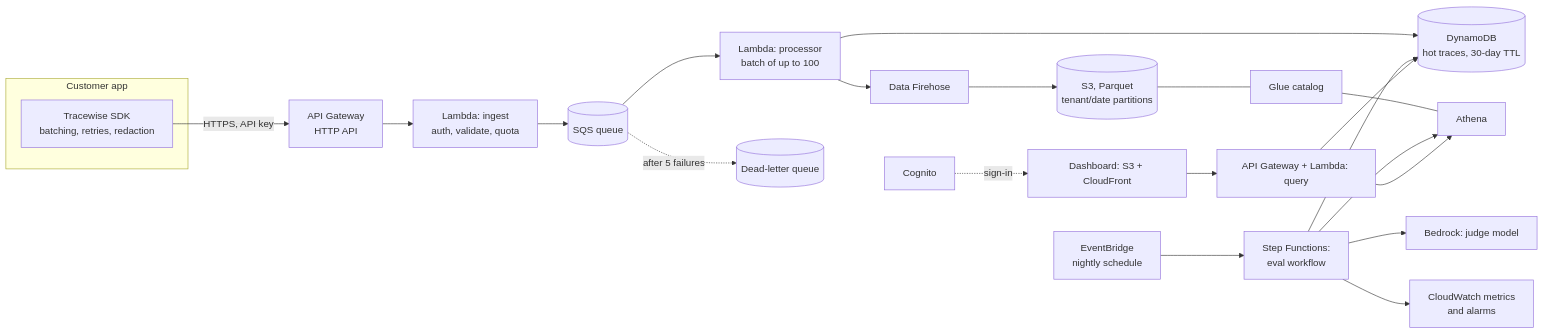
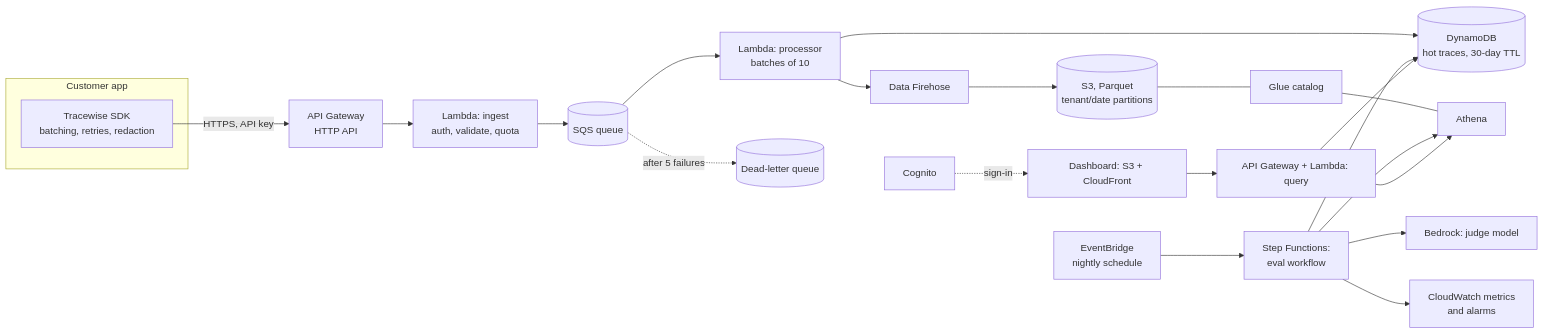
The diagram in docs/design.md (zaiby83/tracewise), drawn with Mermaid before and after one commit. The commit also changed other lines of this file and 8 other files, not shown here.

````diff
--- a/docs/design.md
+++ b/docs/design.md
@@ -33,24 +34,24 @@
 ```mermaid
 flowchart LR
     subgraph Customer app
         SDK[Tracewise SDK<br/>batching, retries, redaction]
     end
     SDK -->|HTTPS, API key| APIGW[API Gateway<br/>HTTP API]
     APIGW --> ING[Lambda: ingest<br/>auth, validate, quota]
     ING --> SQS[(SQS queue)]
-    SQS --> PROC[Lambda: processor<br/>batch of up to 100]
+    SQS --> PROC[Lambda: processor<br/>batches of 10]
     SQS -.after 5 failures.-> DLQ[(Dead-letter queue)]
     PROC --> DDB[(DynamoDB<br/>hot traces, 30-day TTL)]
     PROC --> FH[Data Firehose]
     FH --> S3[(S3, Parquet<br/>tenant/date partitions)]
     S3 --- GLUE[Glue catalog] --- ATH[Athena]
     EB[EventBridge<br/>nightly schedule] --> SFN[Step Functions:<br/>eval workflow]
     SFN --> ATH
     SFN --> BR[Bedrock: judge model]
     SFN --> DDB
     SFN --> CW[CloudWatch metrics<br/>and alarms]
     DASH[Dashboard: S3 + CloudFront] --> QAPI[API Gateway + Lambda: query]
     QAPI --> DDB
     QAPI --> ATH
     COG[Cognito] -.sign-in.-> DASH
 ```
````
